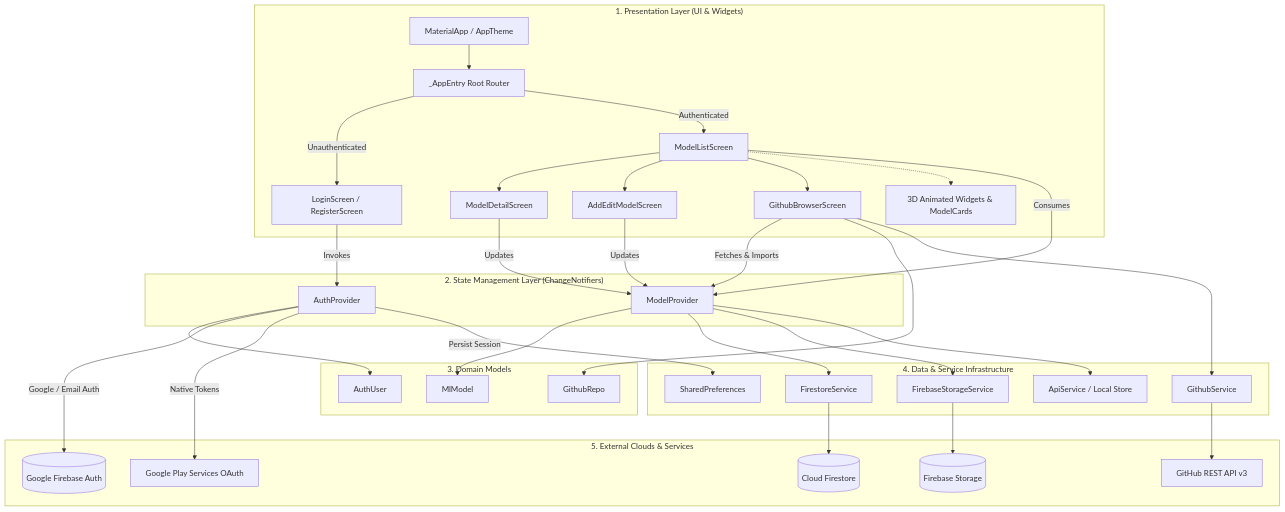
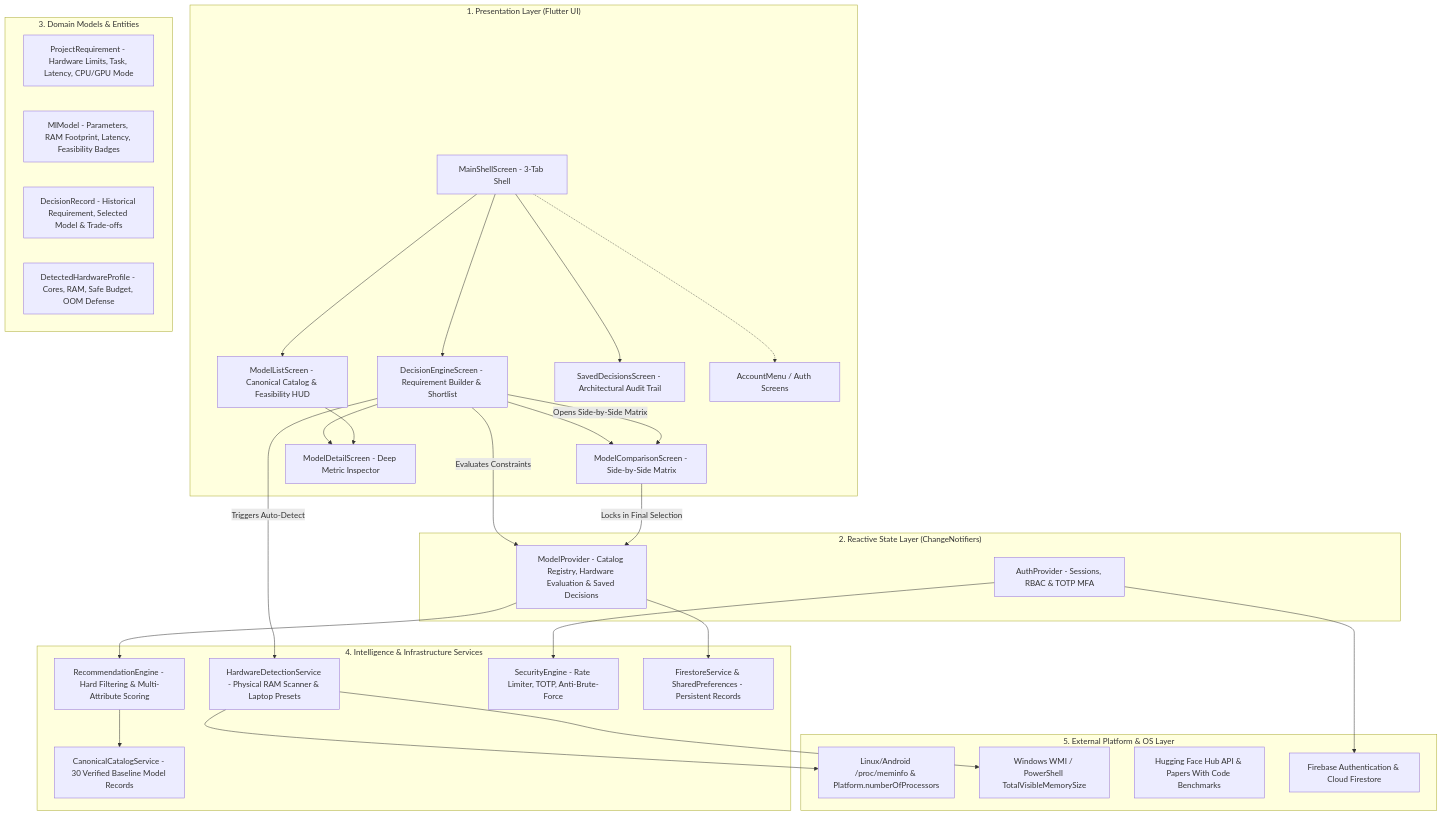
Before and after one commit to ivengexnce/AI_Model_Hub: the first of 2 diagrams in ARCHITECTURE.md, drawn with Mermaid. The commit also changed other lines of this file and 56 other files, not shown here.

Commit message:
feat: scaffold BroML AI model decision intelligence platform with hardware profiling and recommendation engine

````diff
--- a/ARCHITECTURE.md
+++ b/ARCHITECTURE.md
@@ -15,62 +32,50 @@
 ```mermaid
 graph TD
-    subgraph UI_Layer ["1. Presentation Layer (UI & Widgets)"]
-        A1[MaterialApp / AppTheme] --> A2[_AppEntry Root Router]
-        A2 -->|Unauthenticated| B1[LoginScreen / RegisterScreen]
-        A2 -->|Authenticated| B2[ModelListScreen]
-        B2 --> B3[ModelDetailScreen]
-        B2 --> B4[AddEditModelScreen]
-        B2 --> B5[GithubBrowserScreen]
-        B2 -.-> C1[3D Animated Widgets & ModelCards]
+    subgraph Presentation_Layer ["1. Presentation Layer (Flutter UI)"]
+        A1[MainShellScreen - 3-Tab Shell]
+        A1 --> B1[DecisionEngineScreen - Requirement Builder & Shortlist]
+        A1 --> B2[ModelListScreen - Canonical Catalog & Feasibility HUD]
+        A1 --> B3[SavedDecisionsScreen - Architectural Audit Trail]
+        B1 --> B4[ModelComparisonScreen - Side-by-Side Matrix]
+        B1 & B2 --> B5[ModelDetailScreen - Deep Metric Inspector]
+        A1 -.-> B6[AccountMenu / Auth Screens]
     end
 
-    subgraph State_Layer ["2. State Management Layer (ChangeNotifiers)"]
-        D1[AuthProvider]
-        D2[ModelProvider]
+    subgraph State_Layer ["2. Reactive State Layer (ChangeNotifiers)"]
+        D1[AuthProvider - Sessions, RBAC & TOTP MFA]
+        D2[ModelProvider - Catalog Registry, Hardware Evaluation & Saved Decisions]
     end
 
-    subgraph Domain_Layer ["3. Domain Models"]
-        E1[AuthUser]
-        E2[MlModel]
-        E3[GithubRepo]
+    subgraph Domain_Layer ["3. Domain Models & Entities"]
+        E1[ProjectRequirement - Hardware Limits, Task, Latency, CPU/GPU Mode]
+        E2[MlModel - Parameters, RAM Footprint, Latency, Feasibility Badges]
+        E3[DecisionRecord - Historical Requirement, Selected Model & Trade-offs]
+        E4[DetectedHardwareProfile - Cores, RAM, Safe Budget, OOM Defense]
     end
 
-    subgraph Service_Layer ["4. Data & Service Infrastructure"]
-        F1[FirestoreService]
-        F2[FirebaseStorageService]
-        F3[GithubService]
-        F4[ApiService / Local Store]
-        F5[SharedPreferences]
+    subgraph Service_Layer ["4. Intelligence & Infrastructure Services"]
+        S1[HardwareDetectionService - Physical RAM Scanner & Laptop Presets]
+        S2[RecommendationEngine - Hard Filtering & Multi-Attribute Scoring]
+        S3[CanonicalCatalogService - 30 Verified Baseline Model Records]
+        S4[SecurityEngine - Rate Limiter, TOTP, Anti-Brute-Force]
+        S5[FirestoreService & SharedPreferences - Persistent Records]
     end
 
-    subgraph Backend_Layer ["5. External Clouds & Services"]
-        G1[(Google Firebase Auth)]
-        G2[(Cloud Firestore)]
-        G3[(Firebase Storage)]
-        G4[GitHub REST API v3]
-        G5[Google Play Services OAuth]
+    subgraph External_Layer ["5. External Platform & OS Layer"]
+        G1[Linux/Android /proc/meminfo & Platform.numberOfProcessors]
+        G2[Windows WMI / PowerShell TotalVisibleMemorySize]
+        G3[Hugging Face Hub API & Papers With Code Benchmarks]
+        G4[Firebase Authentication & Cloud Firestore]
     end
 
-    %% Connections
-    B1 -->|Invokes| D1
-    B2 -->|Consumes| D2
-    B3 & B4 -->|Updates| D2
-    B5 -->|Fetches & Imports| D2
-
-    D1 --> E1
-    D2 --> E2
-    B5 --> E3
-
-    D1 -->|Google / Email Auth| G1
-    D1 -->|Native Tokens| G5
-    D1 -->|Persist Session| F5
-
-    D2 --> F1
-    D2 --> F2
-    D2 --> F4
-    B5 --> F3
-
-    F1 --> G2
-    F2 --> G3
-    F3 --> G4
+    %% Wiring
+    B1 -->|Triggers Auto-Detect| S1
+    S1 --> G1 & G2
+    B1 -->|Evaluates Constraints| D2
+    D2 --> S2
+    S2 --> S3
+    B1 -->|Opens Side-by-Side Matrix| B4
+    B4 -->|Locks in Final Selection| D2
+    D2 --> S5
+    D1 --> S4 & G4
 ```
````
